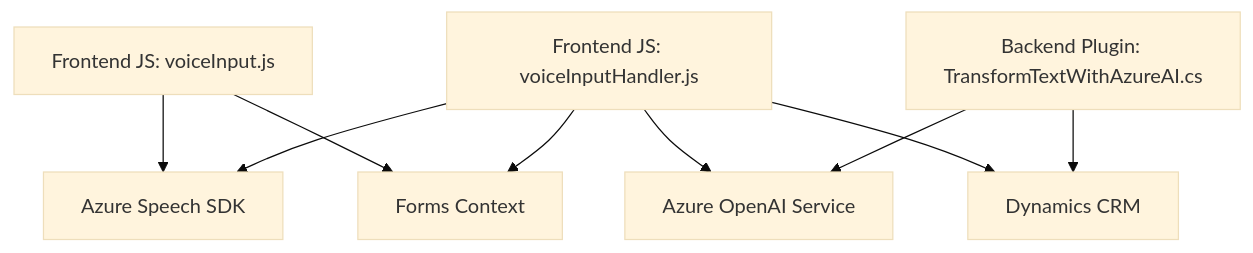
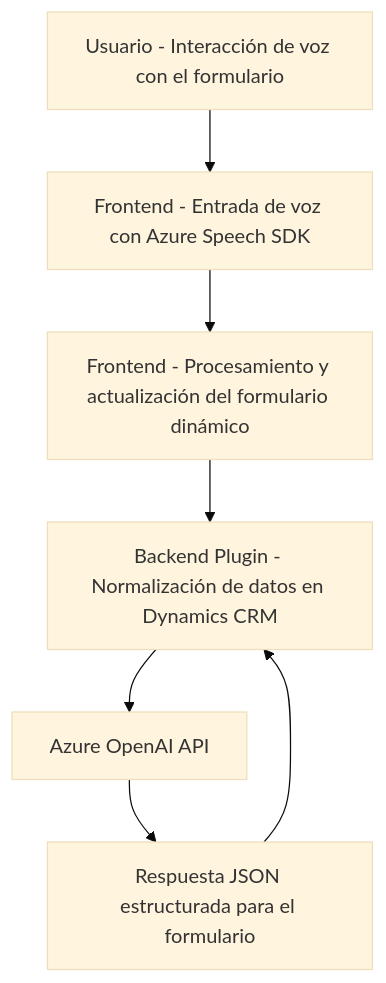
The diagram in README.md (blopezdm/NETCORE_BILBAO2025), drawn with Mermaid (base theme) before and after one commit. The commit also changed other lines of this file, not shown here.

Commit message:
Actualizar análisis global de la solución con IA

````diff
--- a/README.md
+++ b/README.md
@@ -34,20 +34,16 @@
 ```mermaid
 graph TD
-    A["Frontend JS: voiceInput.js"]
-    B["Frontend JS: voiceInputHandler.js"]
-    C["Backend Plugin: TransformTextWithAzureAI.cs"]
+    A["Usuario - Interacción de voz con el formulario"]
+    B["Frontend - Entrada de voz con Azure Speech SDK"]
+    C["Frontend - Procesamiento y actualización del formulario dinámico"]
+    D["Backend Plugin - Normalización de datos en Dynamics CRM"]
+    E["Azure OpenAI API"]
+    F["Respuesta JSON estructurada para el formulario"]
 
-    D["Azure Speech SDK"]
-    E["Azure OpenAI Service"]
-    F["Dynamics CRM"]
-    G["Forms Context"]
-
-    A --> D
-    B --> D
-    B --> E
-    C --> E
-    B --> F
-    C --> F
-    A --> G
-    B --> G
+    A --> B
+    B --> C
+    C --> D
+    D --> E
+    E --> F
+    F --> D
 ```
````
